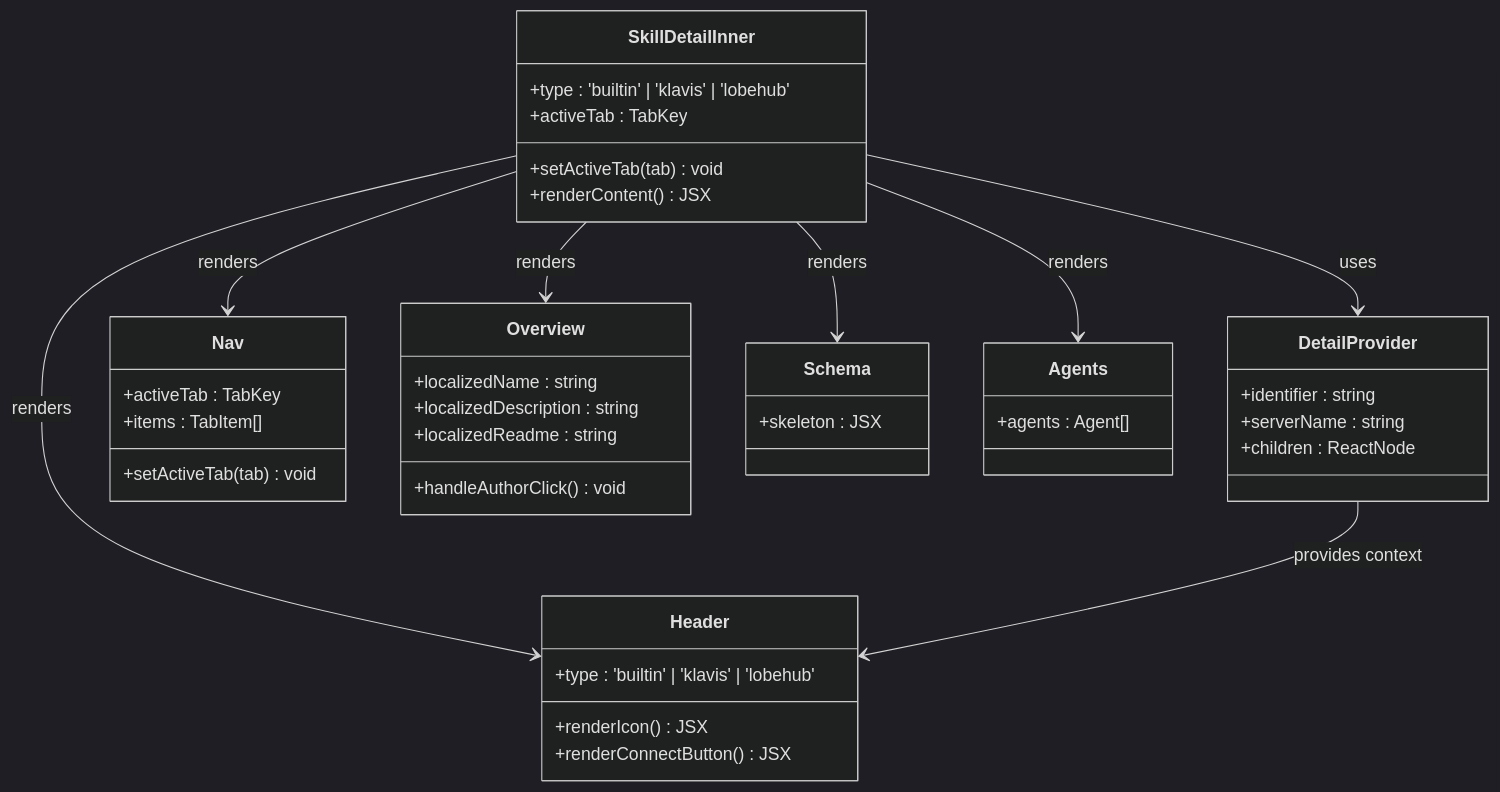
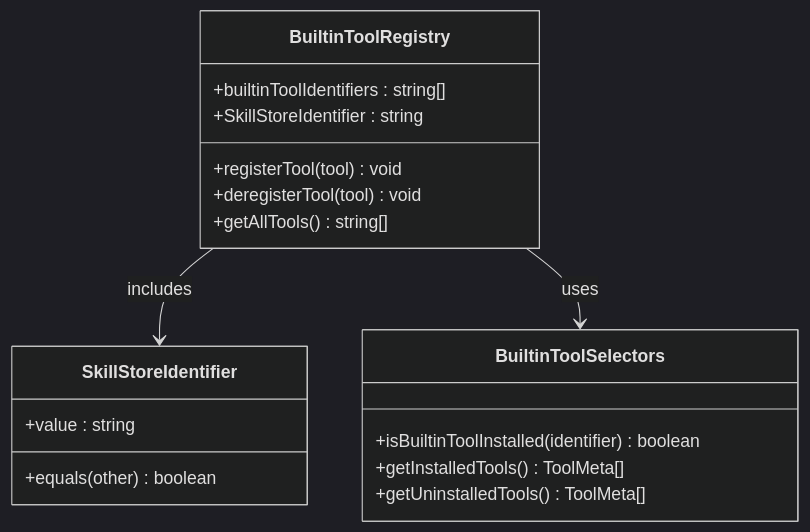
Before and after one commit to AvatoLabs/avato: the sixth of 15 diagrams in .qoder/repowiki/zh/content/核心功能模块/技能市场系统/技能市场系统.md, drawn with Mermaid (dark theme). The commit also changed other lines of this file and 158 other files, not shown here.

````diff
--- a/.qoder/repowiki/zh/content/核心功能模块/技能市场系统/技能市场系统.md
+++ b/.qoder/repowiki/zh/content/核心功能模块/技能市场系统/技能市场系统.md
@@ -346,43 +379,21 @@
 ```mermaid
 classDiagram
-class SkillDetailInner {
-+type : 'builtin' | 'klavis' | 'lobehub'
-+activeTab : TabKey
-+setActiveTab(tab) void
-+renderContent() JSX
+class BuiltinToolRegistry {
++builtinToolIdentifiers : string[]
++SkillStoreIdentifier : string
++registerTool(tool) void
++deregisterTool(tool) void
++getAllTools() string[]
 }
-class DetailProvider {
-+identifier : string
-+serverName : string
-+children : ReactNode
+class SkillStoreIdentifier {
++value : string
++equals(other) boolean
 }
-class Header {
-+type : 'builtin' | 'klavis' | 'lobehub'
-+renderIcon() JSX
-+renderConnectButton() JSX
+class BuiltinToolSelectors {
++isBuiltinToolInstalled(identifier) boolean
++getInstalledTools() ToolMeta[]
++getUninstalledTools() ToolMeta[]
 }
-class Nav {
-+activeTab : TabKey
-+setActiveTab(tab) void
-+items : TabItem[]
-}
-class Overview {
-+localizedName : string
-+localizedDescription : string
-+localizedReadme : string
-+handleAuthorClick() void
-}
-class Schema {
-+skeleton : JSX
-}
-class Agents {
-+agents : Agent[]
-}
-SkillDetailInner --> DetailProvider : uses
-SkillDetailInner --> Header : renders
-SkillDetailInner --> Nav : renders
-SkillDetailInner --> Overview : renders
-SkillDetailInner --> Schema : renders
-SkillDetailInner --> Agents : renders
-DetailProvider --> Header : provides context
+BuiltinToolRegistry --> SkillStoreIdentifier : includes
+BuiltinToolRegistry --> BuiltinToolSelectors : uses
 ```
````
